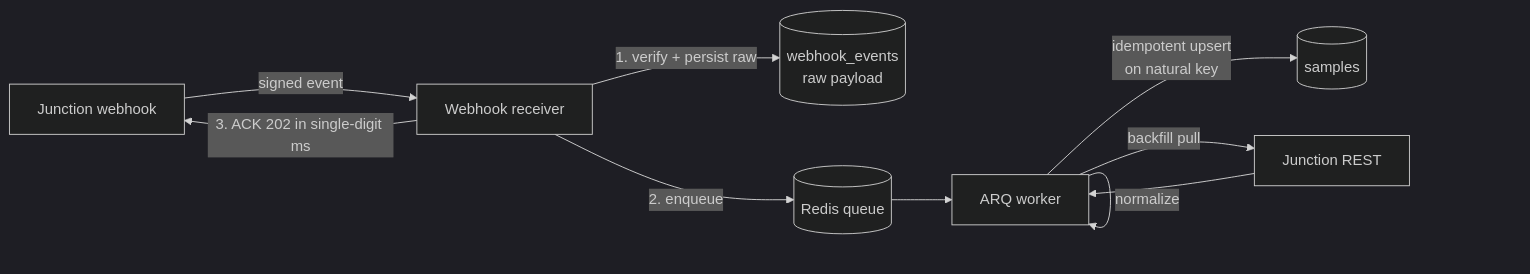
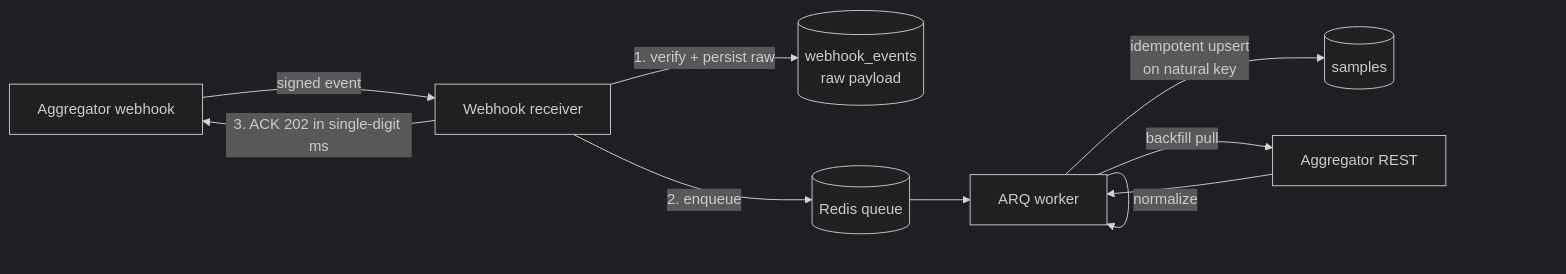
One commit to prasadus92/prasadus92.github.io changed the first of 2 diagrams in src/content/blog/idempotent-ingestion.md. Above: the diagram before and after it, drawn with Mermaid (dark theme). The commit also changed other lines of this file and 1 other file, not shown here.

````diff
--- a/src/content/blog/idempotent-ingestion.md
+++ b/src/content/blog/idempotent-ingestion.md
@@ -50,14 +50,14 @@
 ```mermaid
 flowchart LR
-    JW[Junction webhook] -->|signed event| RCV[Webhook receiver]
+    JW[Aggregator webhook] -->|signed event| RCV[Webhook receiver]
     RCV -->|1. verify + persist raw| DB[("webhook_events
     raw payload")]
     RCV -->|2. enqueue| Q[(Redis queue)]
     RCV -->|3. ACK 202 in single-digit ms| JW
     Q --> WK[ARQ worker]
     WK -->|normalize| WK
     WK -->|idempotent upsert
     on natural key| S[("samples")]
-    WK -->|backfill pull| JAPI[Junction REST]
+    WK -->|backfill pull| JAPI[Aggregator REST]
     JAPI --> WK
 ```
````
